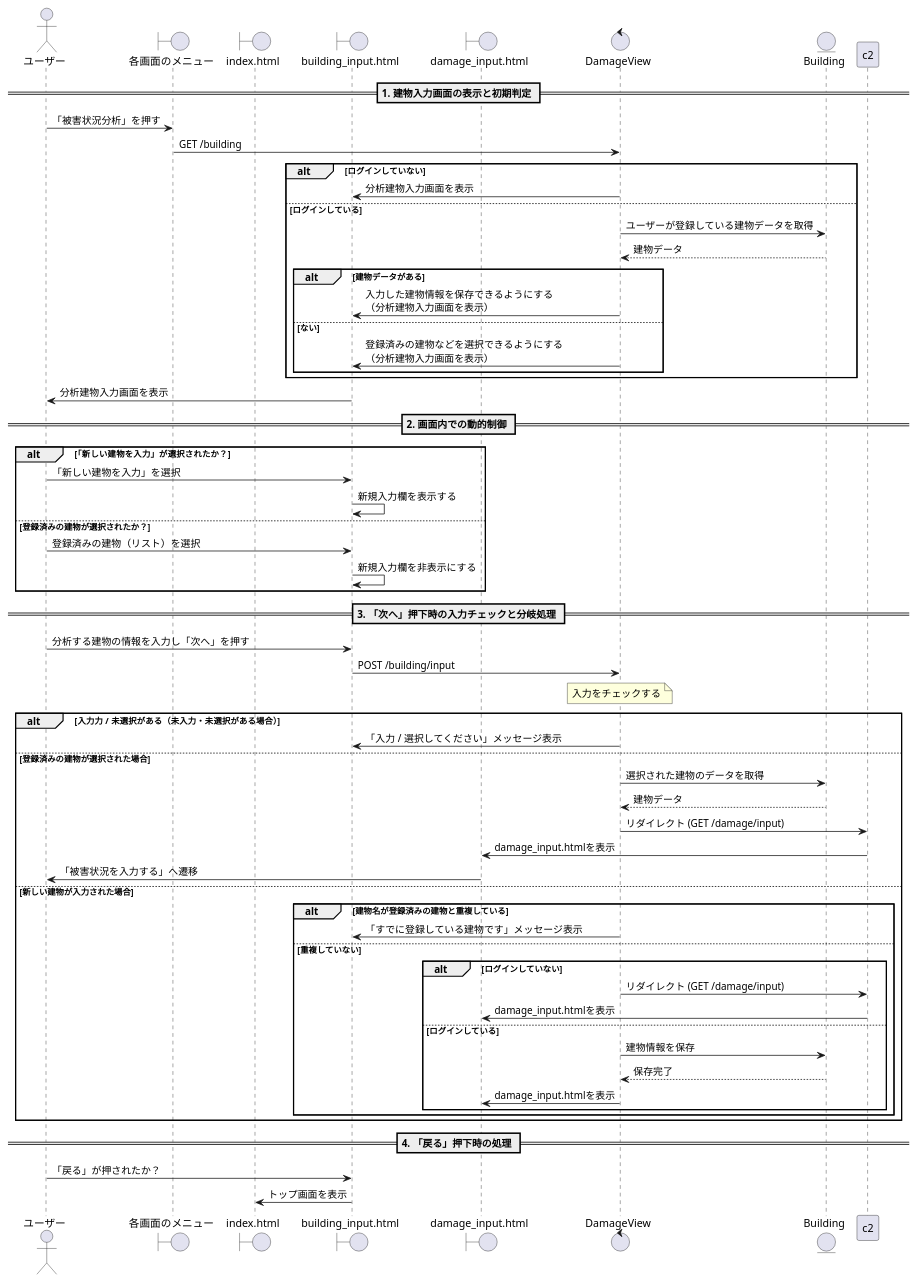
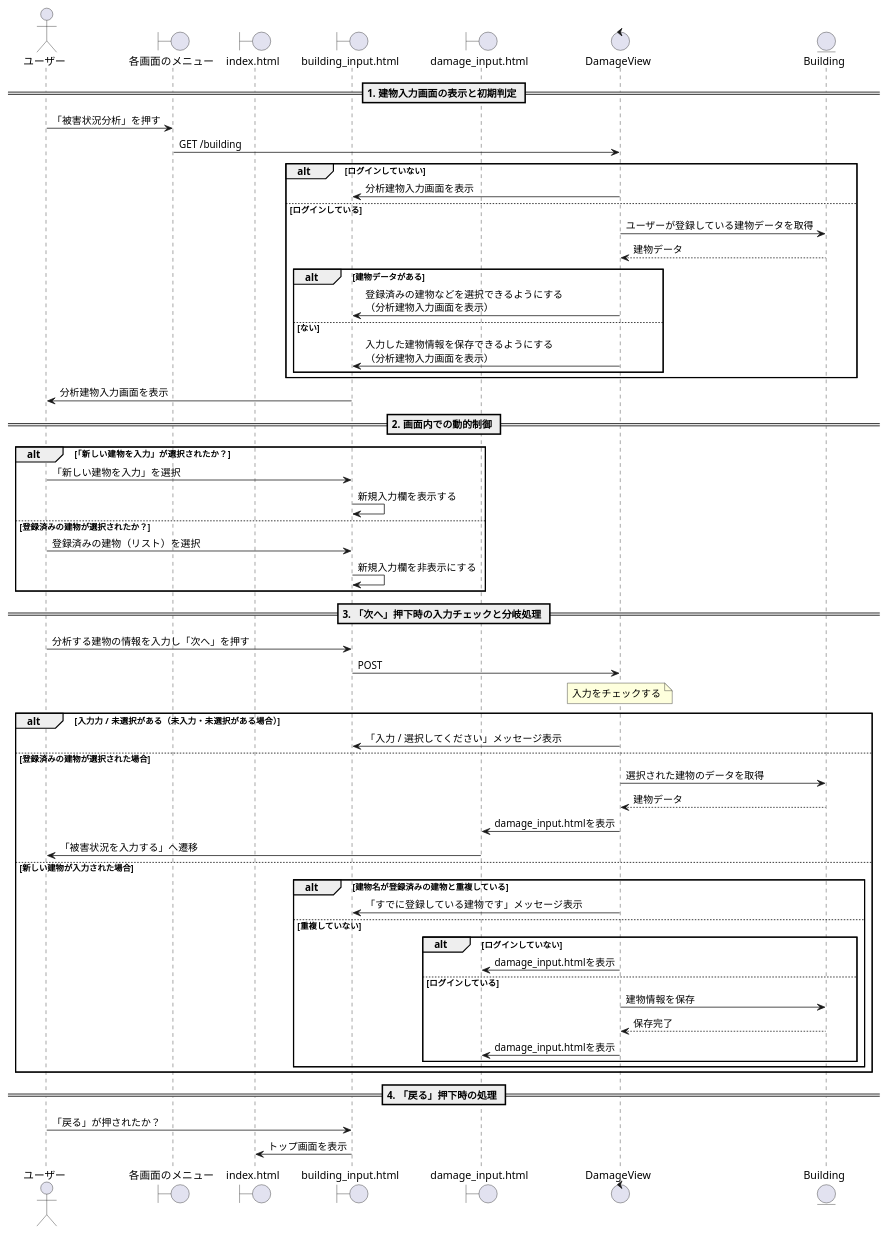
The diagram in 20_システム設計書/sequence/building_input.puml (Kotarou-Tanoue/tanouesoftware), drawn with PlantUML before and after one commit.

Commit message:
修正

```diff
--- a/20_システム設計書/sequence/building_input.puml
+++ b/20_システム設計書/sequence/building_input.puml
@@ -1,73 +1,71 @@
 @startuml 建物情報入力
 
     actor ユーザー as a1
     boundary 各画面のメニュー as b1
     boundary index.html as b2
     boundary building_input.html as b3
     boundary damage_input.html as b4
     control DamageView as c1
     entity Building as e1
 
     == 1. 建物入力画面の表示と初期判定 ==
     a1 -> b1 : 「被害状況分析」を押す
     b1 -> c1 : GET /building
     
     alt ログインしていない
         c1 -> b3 : 分析建物入力画面を表示
     else ログインしている
         c1 -> e1 : ユーザーが登録している建物データを取得
         e1 --> c1 : 建物データ
 
         alt 建物データがある
+            c1 -> b3 : 登録済みの建物などを選択できるようにする\n（分析建物入力画面を表示）
+        else ない
             c1 -> b3 : 入力した建物情報を保存できるようにする\n（分析建物入力画面を表示）
-        else ない
-            c1 -> b3 : 登録済みの建物などを選択できるようにする\n（分析建物入力画面を表示）
         end
     end
     b3 -> a1 : 分析建物入力画面を表示
 
     == 2. 画面内での動的制御 ==
     alt 「新しい建物を入力」が選択されたか？
         a1 -> b3 : 「新しい建物を入力」を選択
         b3 -> b3 : 新規入力欄を表示する
     else 登録済みの建物が選択されたか？
         a1 -> b3 : 登録済みの建物（リスト）を選択
         b3 -> b3 : 新規入力欄を非表示にする
     end
 
     == 3. 「次へ」押下時の入力チェックと分岐処理 ==
     a1 -> b3 : 分析する建物の情報を入力し「次へ」を押す
-    b3 -> c1 : POST /building/input
+    b3 -> c1 : POST
     
     note over c1 : 入力をチェックする
 
     alt 入力力 / 未選択がある（未入力・未選択がある場合）
         c1 -> b3 : 「入力 / 選択してください」メッセージ表示
     
     else 登録済みの建物が選択された場合
         c1 -> e1 : 選択された建物のデータを取得
         e1 --> c1 : 建物データ
-        c1 -> c2 : リダイレクト (GET /damage/input)
-        c2 -> b4 : damage_input.htmlを表示
+        c1 -> b4 : damage_input.htmlを表示
         b4 -> a1 : 「被害状況を入力する」へ遷移
         
     else 新しい建物が入力された場合
         alt 建物名が登録済みの建物と重複している
             c1 -> b3 : 「すでに登録している建物です」メッセージ表示
         else 重複していない
             alt ログインしていない
-                c1 -> c2 : リダイレクト (GET /damage/input)
-                c2 -> b4 : damage_input.htmlを表示
+                c1 -> b4 : damage_input.htmlを表示
             else ログインしている
                 c1 -> e1 : 建物情報を保存
                 e1 --> c1 : 保存完了
                 c1 -> b4 : damage_input.htmlを表示
             end
         end
     end
 
     == 4. 「戻る」押下時の処理 ==
     a1 -> b3 : 「戻る」が押されたか？
     b3 -> b2 : トップ画面を表示
 
 @enduml
```
